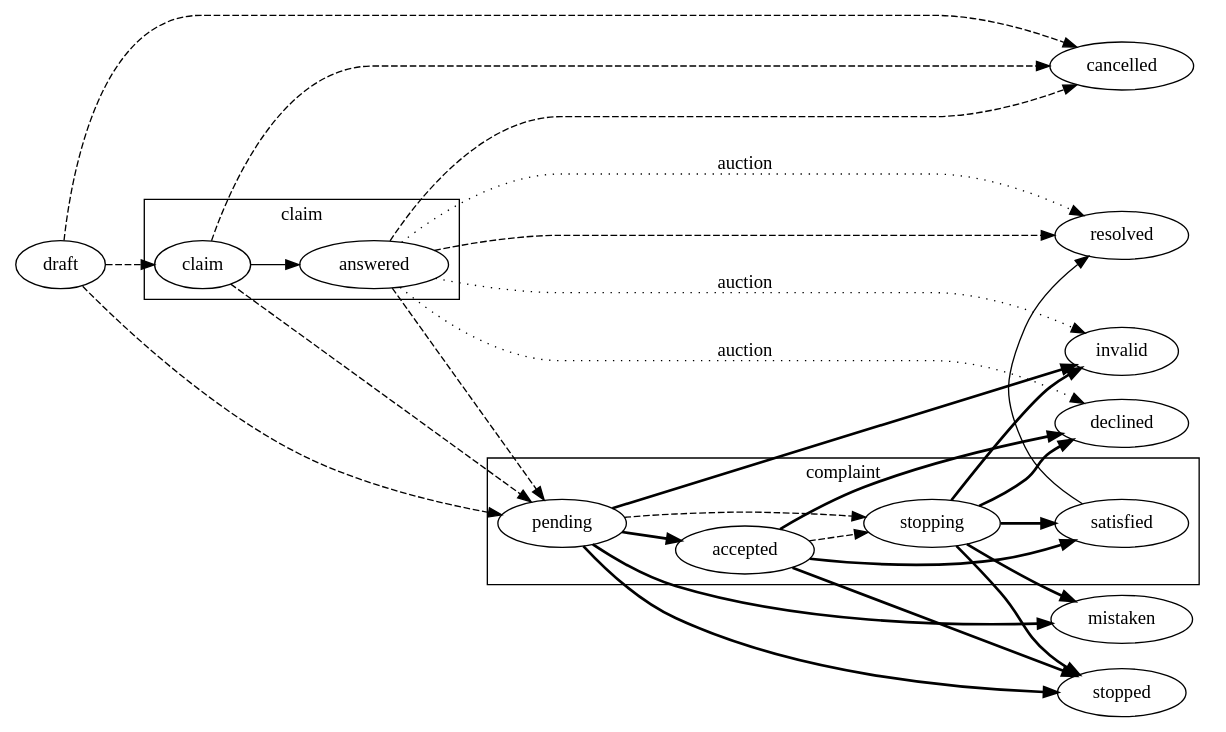
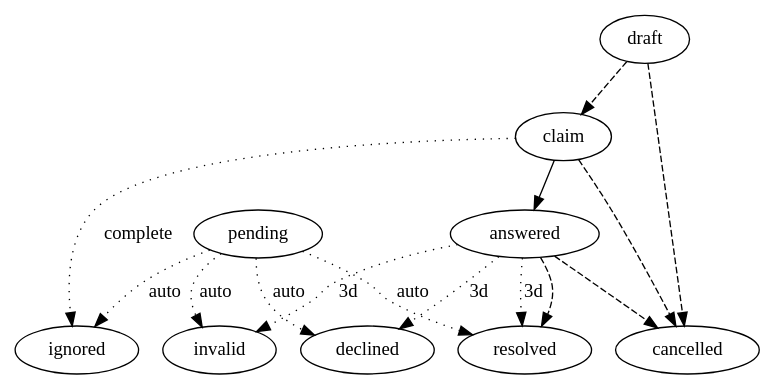
Before and after one commit to ProzorroUKR/prozorro-docs: the diagram in docs/source/complaints.rst, drawn with Graphviz. The commit also changed other lines of this file and 787 other files, not shown here.

```diff
--- a/docs/source/complaints.rst
+++ b/docs/source/complaints.rst
@@ -18,30 +35,16 @@
 .. graphviz::
 
     digraph G {
-        rankdir=LR;
-        {rank=same; mistaken; invalid; resolved; declined; stopped; cancelled;}
-        subgraph cluster_claim {
-            label = "claim";
-            claim; answered;
-        }
-        subgraph cluster_complaint {
-            label = "complaint";
-            pending; satisfied; accepted; stopping;
-        }
         claim -> answered;
-        satisfied -> resolved;
         edge[style=dashed];
-        answered -> {pending,resolved};
-        draft -> {claim,pending};
-        claim -> pending;
-        {draft,claim,answered} -> cancelled;
-        pending -> stopping;
-        accepted -> stopping;
-        edge[style=bold];
-        accepted -> {declined,satisfied,stopped};
-        pending -> {accepted,invalid,stopped};
-        stopping -> {stopped,invalid,declined,satisfied};
-        {pending;stopping} -> mistaken;
-        edge[label="auction" style=dotted];
-        answered -> {invalid,declined,resolved};
+        draft -> claim; 
+        answered -> resolved;
+        {draft,claim,answered} -> cancelled; 
+        edge[label="3d" style=dotted];
+        answered -> {resolved, invalid, declined};
+        edge[label="complete" style=dotted];
+        claim -> ignored;
+        edge[label="auto" style=dotted];
+        pending -> ignored;
+        pending -> {resolved, invalid, declined};
     }
```
